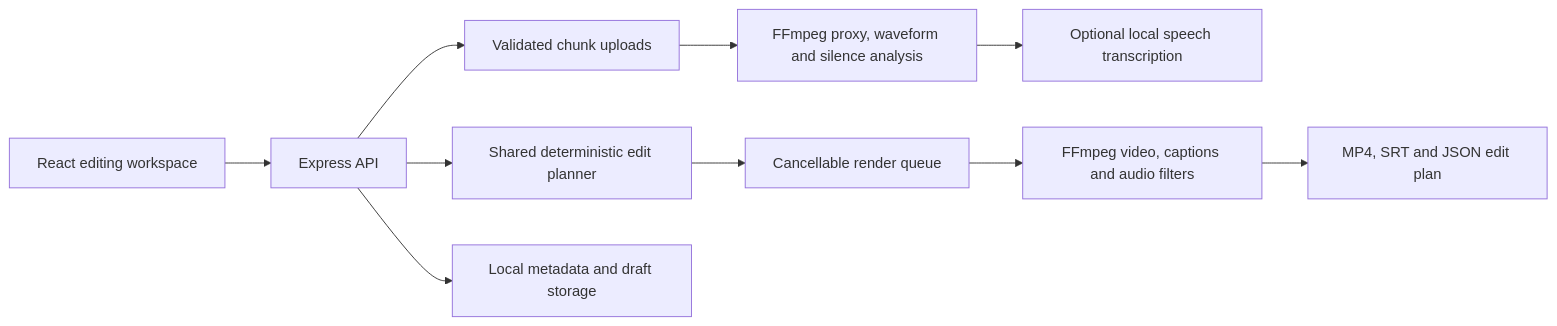
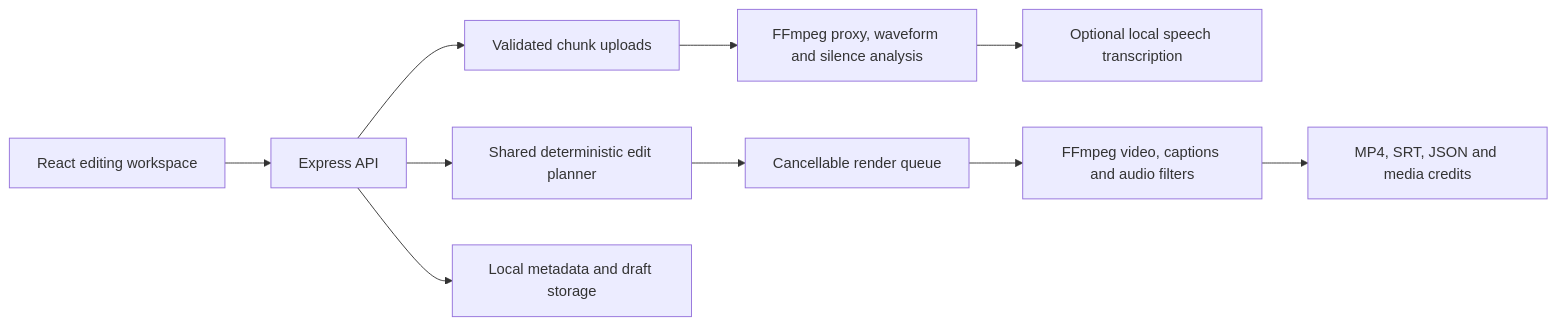
One commit to akhtarsaleem1/askedits-studio changed the diagram in README.md. Above: the diagram before and after it, drawn with Mermaid. The commit also changed other lines of this file and 32 other files, not shown here.

````diff
--- a/README.md
+++ b/README.md
@@ -62,12 +77,12 @@
 ```mermaid
 flowchart LR
   UI[React editing workspace] --> API[Express API]
   API --> Upload[Validated chunk uploads]
   Upload --> Prepare[FFmpeg proxy, waveform and silence analysis]
   Prepare --> Speech[Optional local speech transcription]
   API --> Planner[Shared deterministic edit planner]
   Planner --> Queue[Cancellable render queue]
   Queue --> FFmpeg[FFmpeg video, captions and audio filters]
-  FFmpeg --> Artifacts[MP4, SRT and JSON edit plan]
+  FFmpeg --> Artifacts[MP4, SRT, JSON and media credits]
   API --> Store[Local metadata and draft storage]
 ```
````
